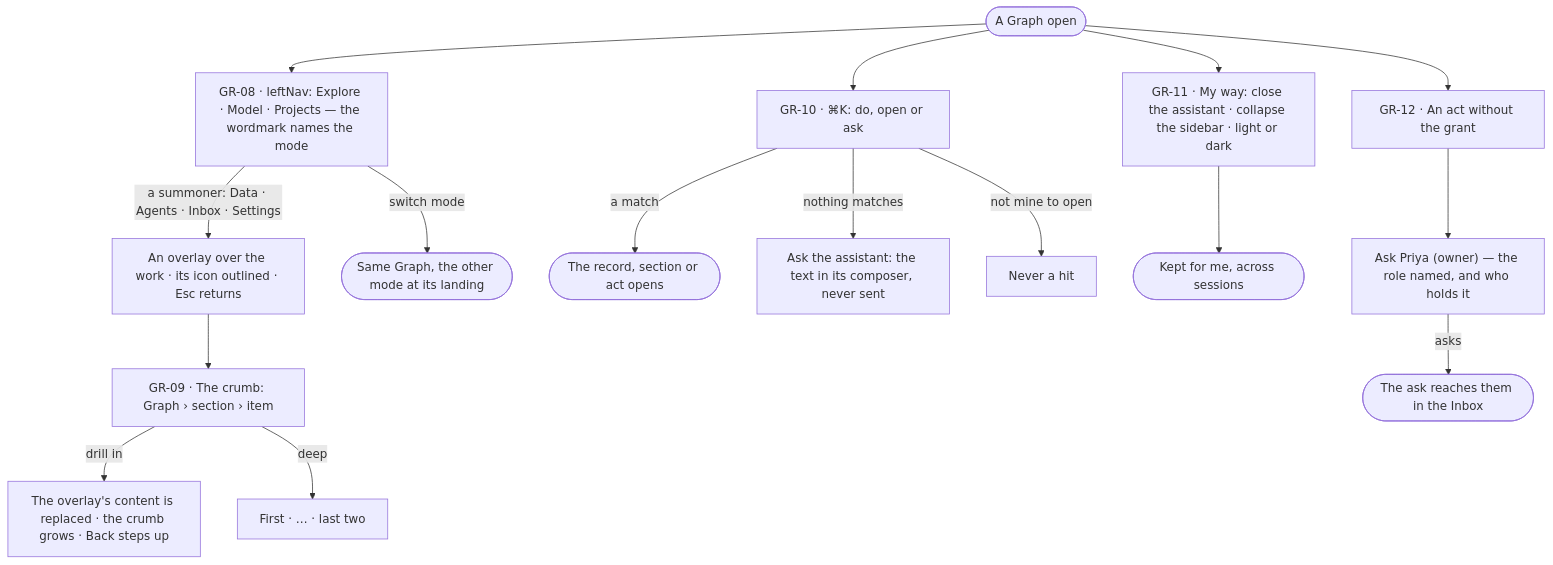
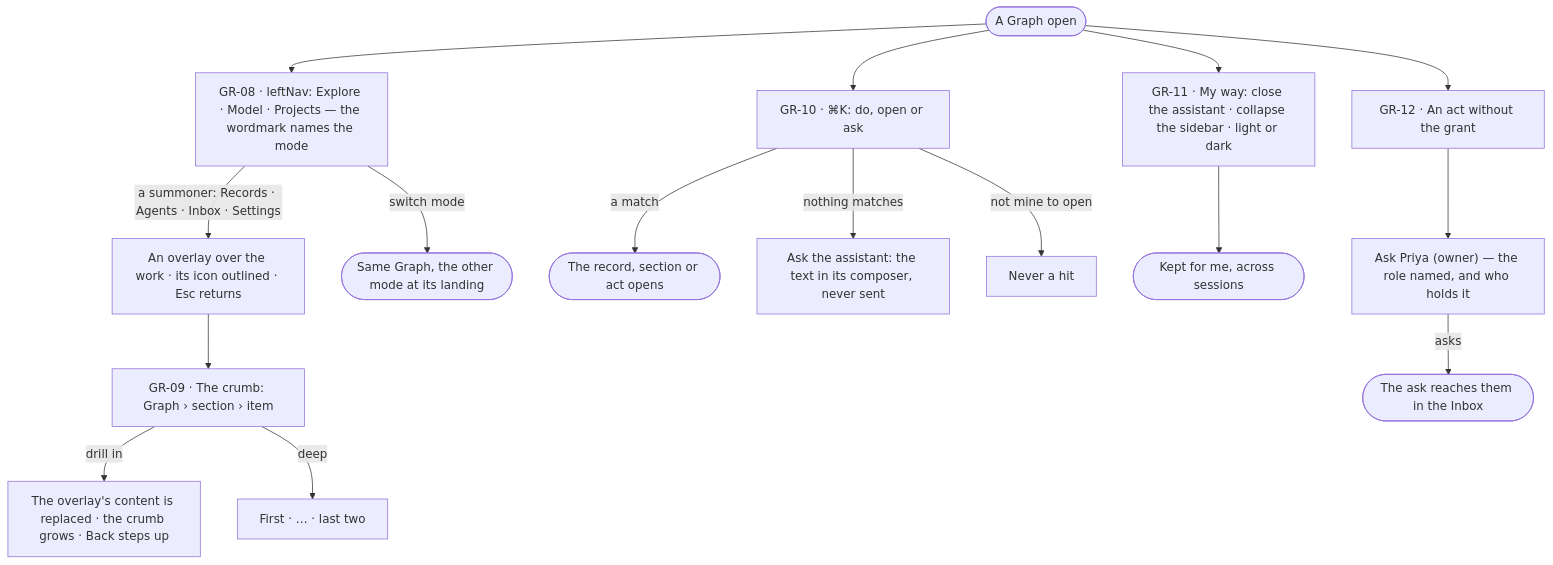
One commit to invana/invana changed the diagram in specs/os/graph/features/GR-F03-find-your-way/feature.md. Above: the diagram before and after it, drawn with Mermaid. The commit also changed other lines of this file and 637 other files, not shown here.

````diff
--- a/specs/os/graph/features/GR-F03-find-your-way/feature.md
+++ b/specs/os/graph/features/GR-F03-find-your-way/feature.md
@@ -23,18 +24,18 @@
 ```mermaid
 flowchart TD
   g([A Graph open]) --> m["GR-08 · leftNav: Explore · Model · Projects — the wordmark names the mode"]
-  m -->|a summoner: Data · Agents · Inbox · Settings| ov["An overlay over the work · its icon outlined · Esc returns"]
+  m -->|a summoner: Records · Agents · Inbox · Settings| ov["An overlay over the work · its icon outlined · Esc returns"]
   m -->|switch mode| keep(["Same Graph, the other mode at its landing"])
   ov --> cr["GR-09 · The crumb: Graph › section › item"]
   cr -->|drill in| grow["The overlay's content is replaced · the crumb grows · Back steps up"]
   cr -->|deep| ell["First · … · last two"]
   g --> k["GR-10 · ⌘K: do, open or ask"]
   k -->|a match| open(["The record, section or act opens"])
   k -->|nothing matches| ask["Ask the assistant: the text in its composer, never sent"]
   k -->|not mine to open| hid["Never a hit"]
   g --> pr["GR-11 · My way: close the assistant · collapse the sidebar · light or dark"]
   pr --> kept(["Kept for me, across sessions"])
   g --> na["GR-12 · An act without the grant"]
   na --> who["Ask Priya (owner) — the role named, and who holds it"]
   who -->|asks| inb(["The ask reaches them in the Inbox"])
 ```
````
